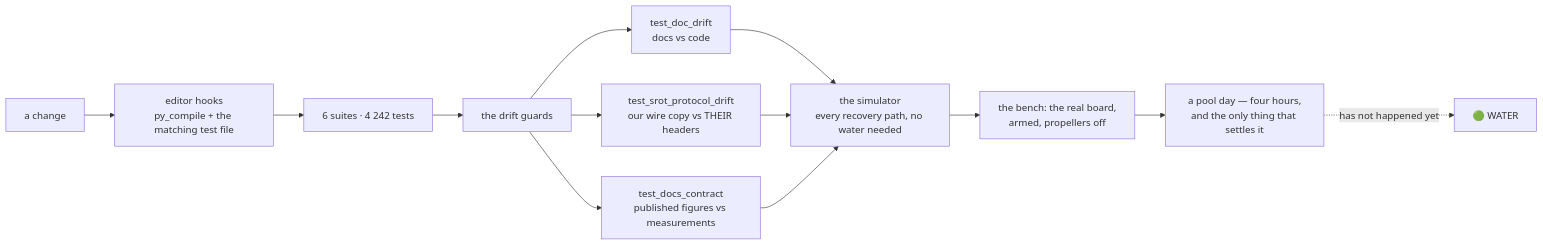
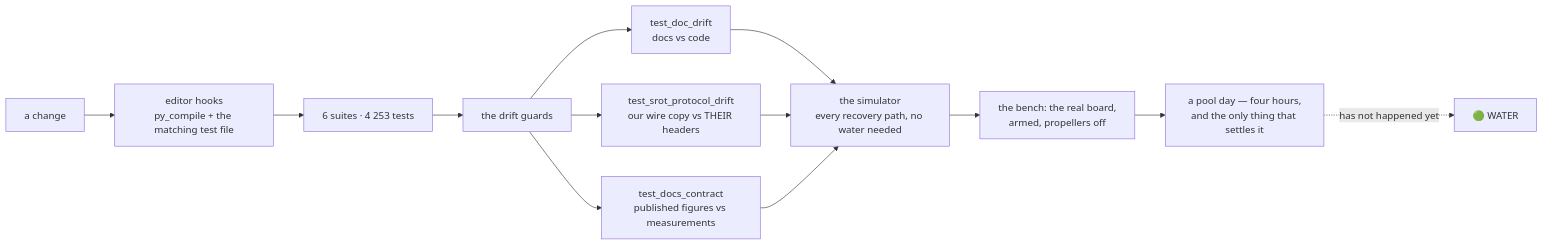
One commit to fh1m/mongla_ws changed the ninth of 10 diagrams in README.md. Above: the diagram before and after it, drawn with Mermaid. The commit also changed other lines of this file and 9 other files, not shown here.

````diff
--- a/README.md
+++ b/README.md
@@ -752,15 +752,15 @@
 ```mermaid
 flowchart LR
     DEV["a change"] --> HOOK["editor hooks<br/>py_compile + the matching test file"]
-    HOOK --> UNIT["6 suites · 4 242 tests"]
+    HOOK --> UNIT["6 suites · 4 253 tests"]
     UNIT --> GUARD["the drift guards"]
     GUARD --> G1["test_doc_drift<br/>docs vs code"]
     GUARD --> G2["test_srot_protocol_drift<br/>our wire copy vs THEIR headers"]
     GUARD --> G3["test_docs_contract<br/>published figures vs measurements"]
     G1 --> SIM["the simulator<br/>every recovery path, no water needed"]
     G2 --> SIM
     G3 --> SIM
     SIM --> BENCH["the bench: the real board,<br/>armed, propellers off"]
     BENCH --> POOL["a pool day — four hours,<br/>and the only thing that settles it"]
     POOL -.->|"has not happened yet"| WATER["🟢 WATER"]
 ```
````
